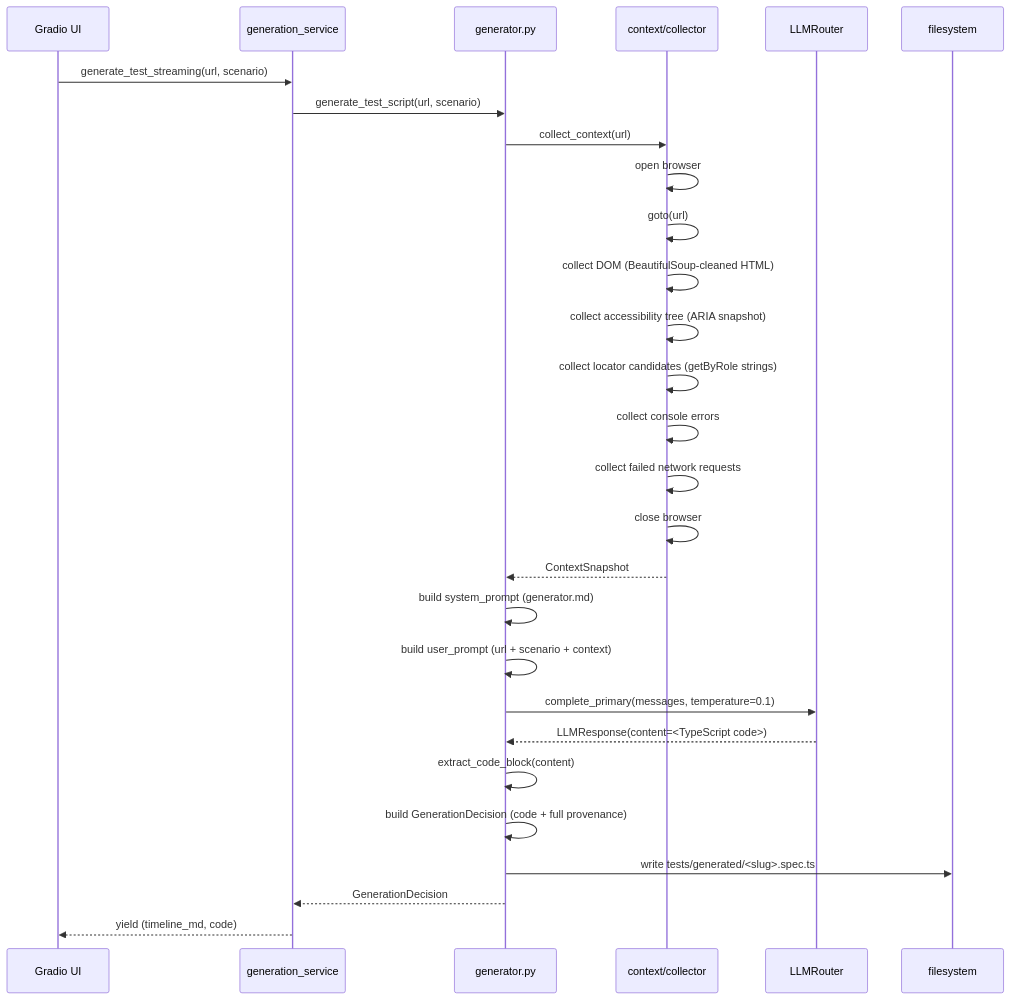
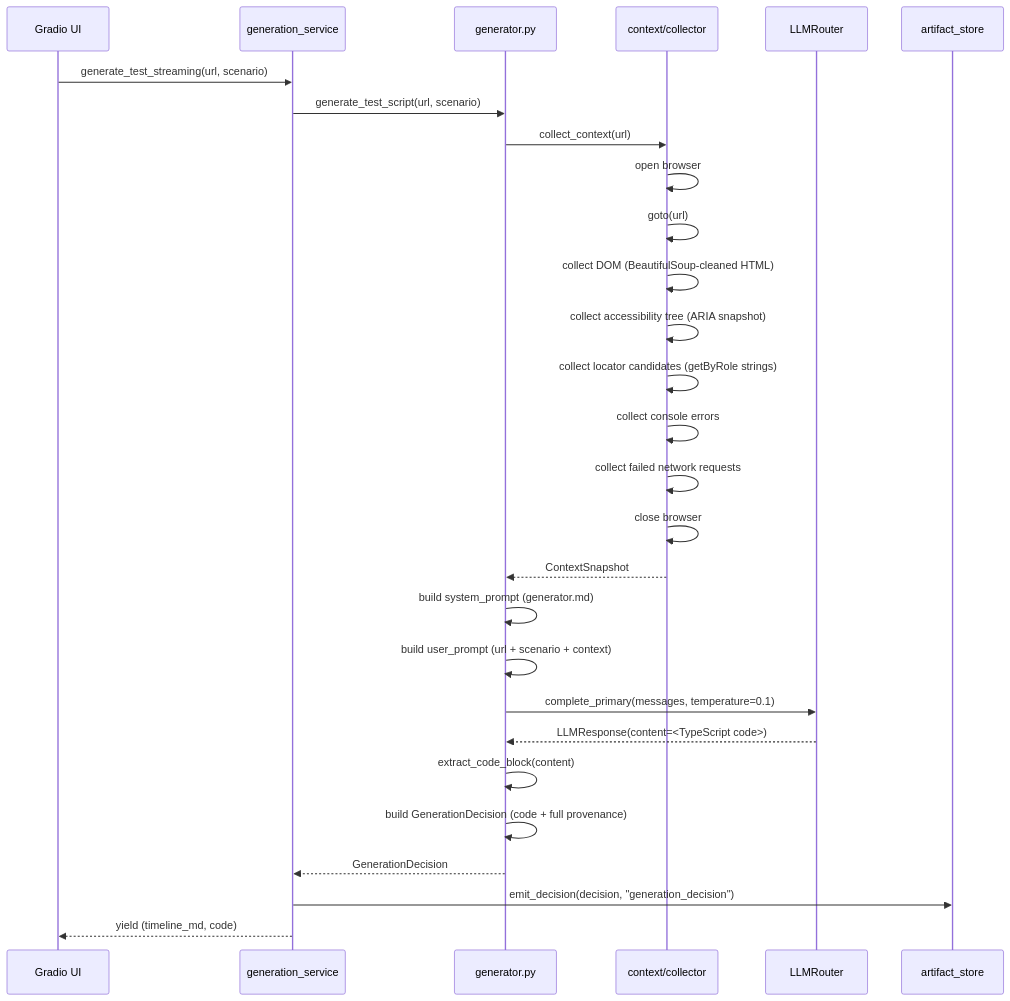
The first of 2 diagrams in docs/architecture/generation.md (yashwant-das/testing-llm-automation-engine), drawn with Mermaid before and after one commit. The commit also changed other lines of this file and 29 other files, not shown here.

````diff
--- a/docs/architecture/generation.md
+++ b/docs/architecture/generation.md
@@ -32,31 +32,31 @@
 ```mermaid
 sequenceDiagram
     participant UI as Gradio UI
     participant SVC as generation_service
     participant GEN as generator.py
     participant CTX as context/collector
     participant LLM as LLMRouter
-    participant FS as filesystem
+    participant ART as artifact_store
 
     UI->>SVC: generate_test_streaming(url, scenario)
     SVC->>GEN: generate_test_script(url, scenario)
     GEN->>CTX: collect_context(url)
     CTX->>CTX: open browser
     CTX->>CTX: goto(url)
     CTX->>CTX: collect DOM (BeautifulSoup-cleaned HTML)
     CTX->>CTX: collect accessibility tree (ARIA snapshot)
     CTX->>CTX: collect locator candidates (getByRole strings)
     CTX->>CTX: collect console errors
     CTX->>CTX: collect failed network requests
     CTX->>CTX: close browser
     CTX-->>GEN: ContextSnapshot
     GEN->>GEN: build system_prompt (generator.md)
     GEN->>GEN: build user_prompt (url + scenario + context)
     GEN->>LLM: complete_primary(messages, temperature=0.1)
     LLM-->>GEN: LLMResponse(content=<TypeScript code>)
     GEN->>GEN: extract_code_block(content)
     GEN->>GEN: build GenerationDecision (code + full provenance)
-    GEN->>FS: write tests/generated/<slug>.spec.ts
     GEN-->>SVC: GenerationDecision
+    SVC->>ART: emit_decision(decision, "generation_decision")
     SVC-->>UI: yield (timeline_md, code)
 ```
````
